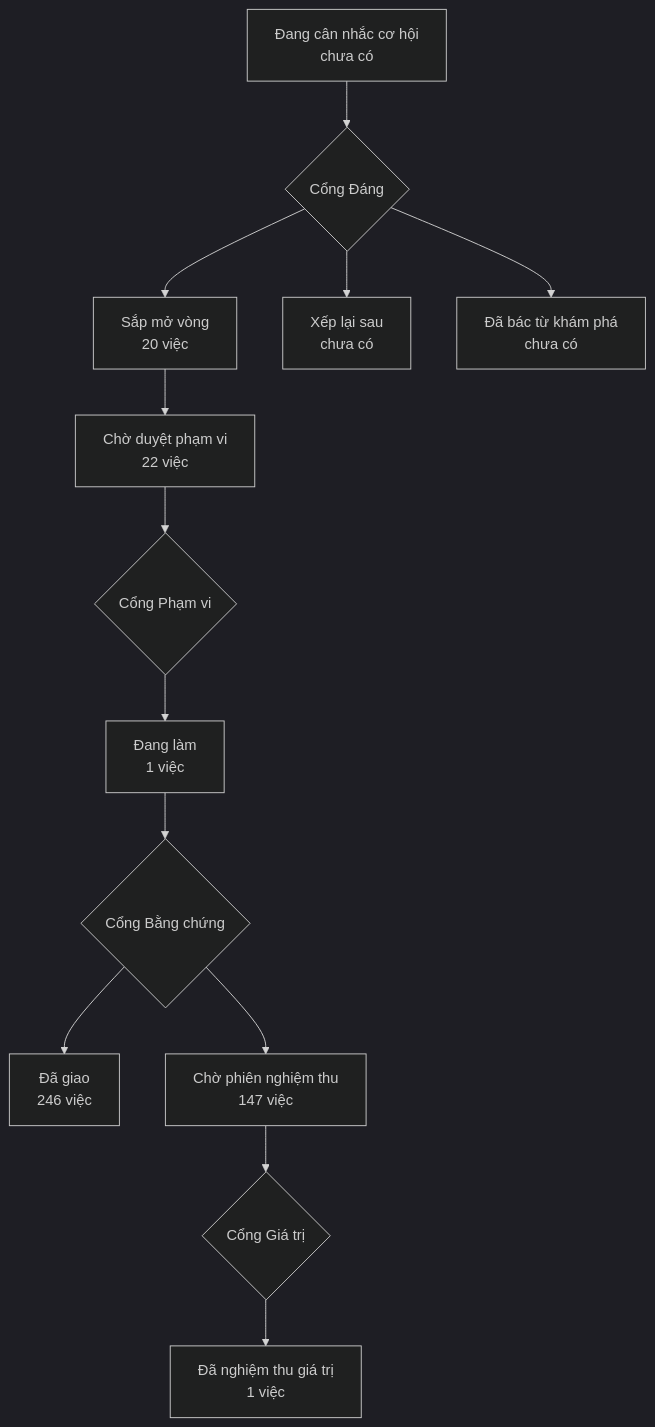
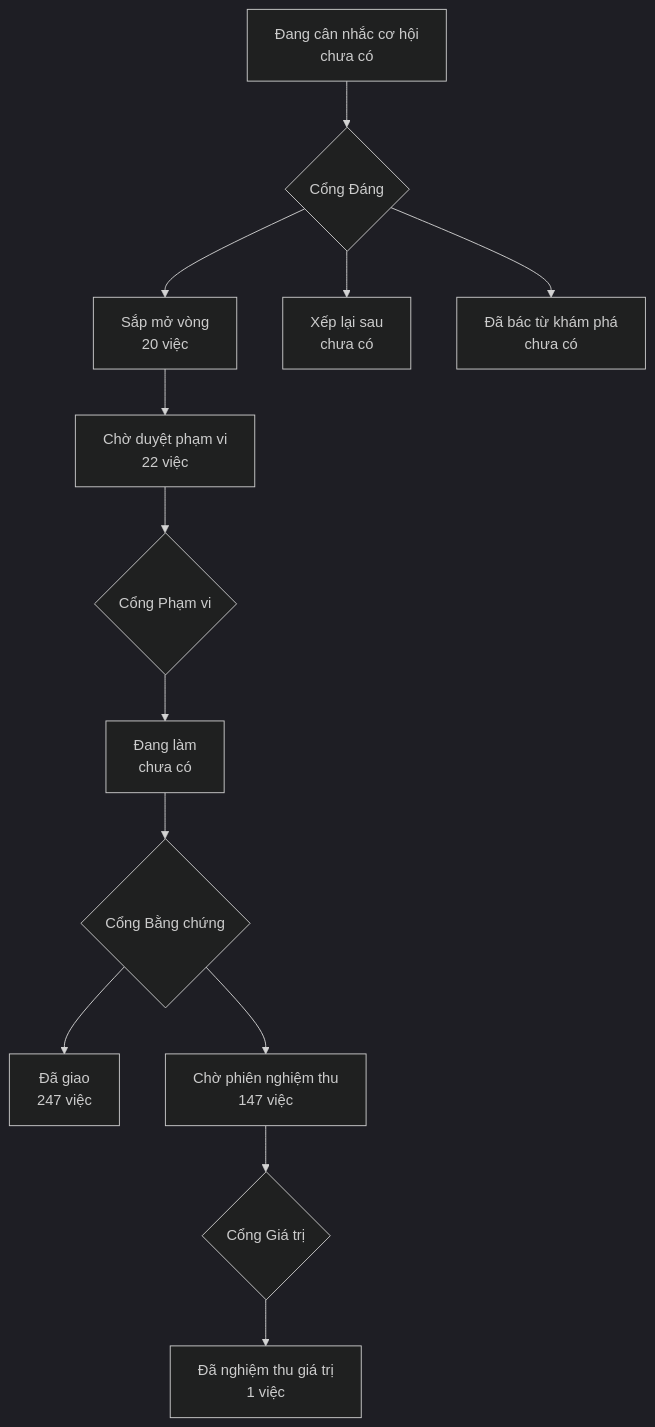
One commit to phanlemanh/onehub-invest changed the diagram in PRODUCT-MAP.md. Above: the diagram before and after it, drawn with Mermaid (dark theme). The commit also changed other lines of this file and 4 other files, not shown here.

````diff
--- a/PRODUCT-MAP.md
+++ b/PRODUCT-MAP.md
@@ -7,12 +7,12 @@
 ```mermaid
 flowchart TD
   A["Đang cân nhắc cơ hội<br/>chưa có"] --> GD{"Cổng Đáng"}
   GD --> B["Sắp mở vòng<br/>20 việc"]
   GD --> XL["Xếp lại sau<br/>chưa có"]
   GD --> DB["Đã bác từ khám phá<br/>chưa có"]
   B --> CD["Chờ duyệt phạm vi<br/>22 việc"] --> GP{"Cổng Phạm vi"}
-  GP --> DL["Đang làm<br/>1 việc"] --> GB{"Cổng Bằng chứng"}
-  GB --> DG["Đã giao<br/>246 việc"]
+  GP --> DL["Đang làm<br/>chưa có"] --> GB{"Cổng Bằng chứng"}
+  GB --> DG["Đã giao<br/>247 việc"]
   GB --> CN["Chờ phiên nghiệm thu<br/>147 việc"] --> GG{"Cổng Giá trị"}
   GG --> NT["Đã nghiệm thu giá trị<br/>1 việc"]
 ```
````
